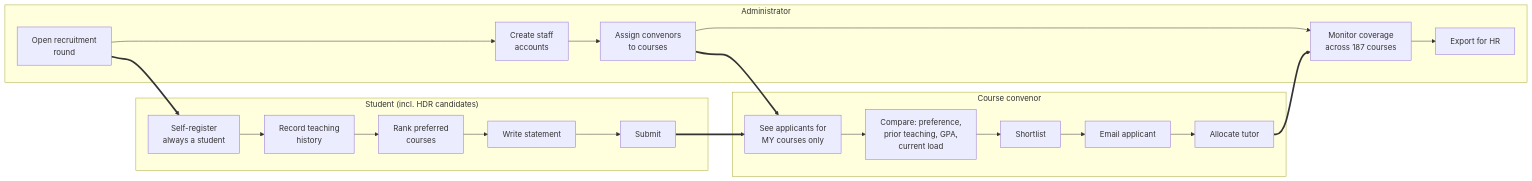
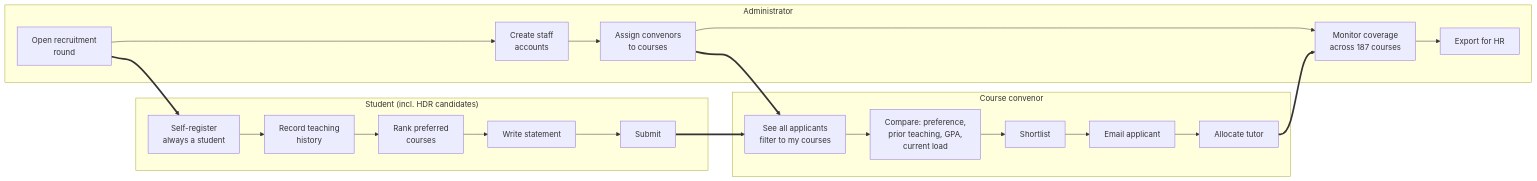
One commit to WWEISONG/griffith-ict-casual-academic changed the second of 5 diagrams in docs/ARCHITECTURE.md. Above: the diagram before and after it, drawn with Mermaid. The commit also changed other lines of this file and 7 other files, not shown here.

````diff
--- a/docs/ARCHITECTURE.md
+++ b/docs/ARCHITECTURE.md
@@ -82,19 +82,19 @@
 ```mermaid
 flowchart LR
     subgraph student["Student (incl. HDR candidates)"]
         s1["Self-register<br/>always a student"] --> s2["Record teaching<br/>history"] --> s3["Rank preferred<br/>courses"] --> s4["Write statement"] --> s5["Submit"]
     end
 
     subgraph convenor["Course convenor"]
-        c1["See applicants for<br/>MY courses only"] --> c2["Compare: preference,<br/>prior teaching, GPA,<br/>current load"] --> c3["Shortlist"] --> c4["Email applicant"] --> c5["Allocate tutor"]
+        c1["See all applicants<br/>filter to my courses"] --> c2["Compare: preference,<br/>prior teaching, GPA,<br/>current load"] --> c3["Shortlist"] --> c4["Email applicant"] --> c5["Allocate tutor"]
     end
 
     subgraph admin["Administrator"]
         a1["Open recruitment<br/>round"] --> a0["Create staff<br/>accounts"] --> a2["Assign convenors<br/>to courses"] --> a3["Monitor coverage<br/>across 187 courses"] --> a4["Export for HR"]
     end
 
     s5 ==> c1
     a1 ==> s1
     a2 ==> c1
     c5 ==> a3
 ```
````
